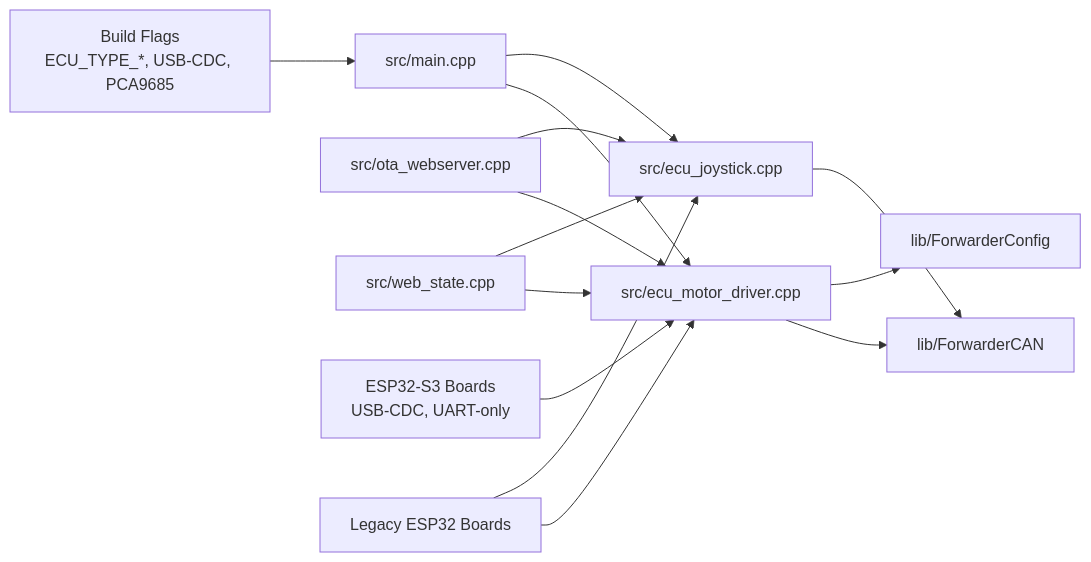
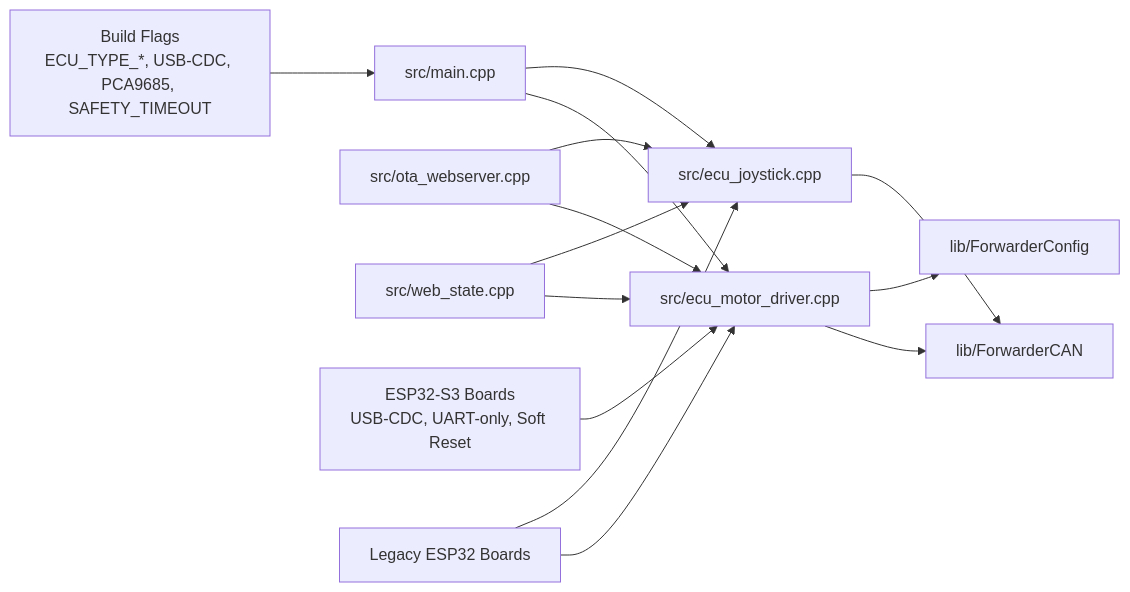
Before and after one commit to gunicsba/ESP_CAN_ECU_joystick_collection: the eighth of 8 diagrams in .qoder/repowiki/en/content/Software Architecture/Build System Configuration.md, drawn with Mermaid. The commit also changed other lines of this file and 13 other files, not shown here.

````diff
--- a/.qoder/repowiki/en/content/Software Architecture/Build System Configuration.md
+++ b/.qoder/repowiki/en/content/Software Architecture/Build System Configuration.md
@@ -456,16 +469,16 @@
 ```mermaid
 graph LR
-Flags["Build Flags<br/>ECU_TYPE_*, USB-CDC, PCA9685"] --> Main["src/main.cpp"]
+Flags["Build Flags<br/>ECU_TYPE_*, USB-CDC, PCA9685, SAFETY_TIMEOUT"] --> Main["src/main.cpp"]
 Main --> MD["src/ecu_motor_driver.cpp"]
 Main --> J1["src/ecu_joystick.cpp"]
 MD --> CAN["lib/ForwarderCAN"]
 MD --> CFG["lib/ForwarderConfig"]
 J1 --> CAN
 OWA["src/ota_webserver.cpp"] --> MD
 OWA --> J1
 WEB["src/web_state.cpp"] --> MD
 WEB --> J1
-S3_Board["ESP32-S3 Boards<br/>USB-CDC, UART-only"] --> MD
+S3_Board["ESP32-S3 Boards<br/>USB-CDC, UART-only, Soft Reset"] --> MD
 Legacy_Board["Legacy ESP32 Boards"] --> MD
 Legacy_Board --> J1
 ```
````
